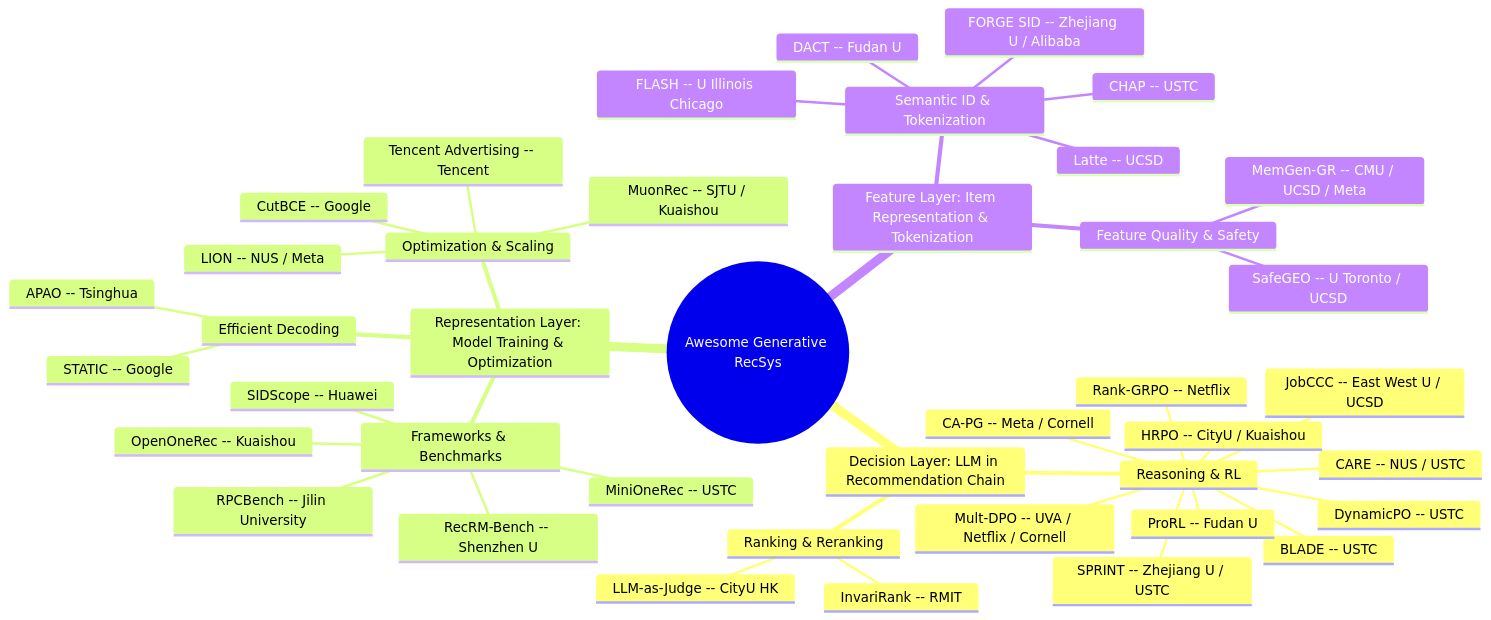
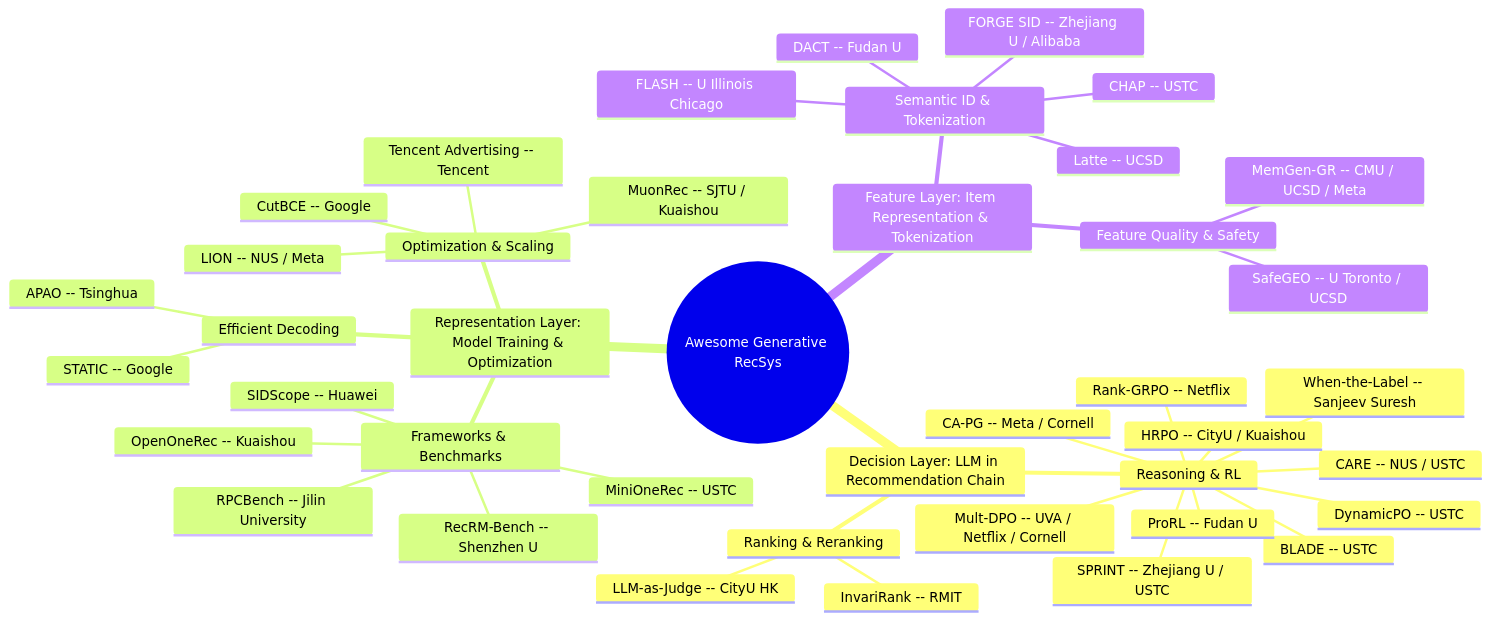
Before and after one commit to HaFred/awesome-generative-recsys: the diagram in README.md, drawn with Mermaid. The commit also changed other lines of this file, not shown here.

Commit message:
feat: backfill 8 on-topic genrec papers (GrIS, AgentWebRec, REPAIR, When-the-Label, multilingual SIDs, Jev, LLM-context, context-sufficiency)

````diff
--- a/README.md
+++ b/README.md
@@ -30,44 +30,44 @@
 ```mermaid
 mindmap
   root((Awesome Generative RecSys))
     Decision Layer: LLM in Recommendation Chain
       Reasoning & RL
         Rank-GRPO -- Netflix
         DynamicPO -- USTC
         BLADE -- USTC
         SPRINT -- Zhejiang U / USTC
         CARE -- NUS / USTC
         HRPO -- CityU / Kuaishou
         Mult-DPO -- UVA / Netflix / Cornell
         CA-PG -- Meta / Cornell
         ProRL -- Fudan U
-        JobCCC -- East West U / UCSD
+        When-the-Label -- Sanjeev Suresh
       Ranking & Reranking
         InvariRank -- RMIT
         LLM-as-Judge -- CityU HK
     Representation Layer: Model Training & Optimization
       Frameworks & Benchmarks
         MiniOneRec -- USTC
         OpenOneRec -- Kuaishou
         RecRM-Bench -- Shenzhen U
         SIDScope -- Huawei
         RPCBench -- Jilin University
       Efficient Decoding
         STATIC -- Google
         APAO -- Tsinghua
       Optimization & Scaling
         MuonRec -- SJTU / Kuaishou
         Tencent Advertising -- Tencent
         LION -- NUS / Meta
         CutBCE -- Google
     Feature Layer: Item Representation & Tokenization
       Semantic ID & Tokenization
         Latte -- UCSD
         FORGE SID -- Zhejiang U / Alibaba
         DACT -- Fudan U
         CHAP -- USTC
         FLASH -- U Illinois Chicago
       Feature Quality & Safety
         SafeGEO -- U Toronto / UCSD
         MemGen-GR -- CMU / UCSD / Meta
 ```
````
